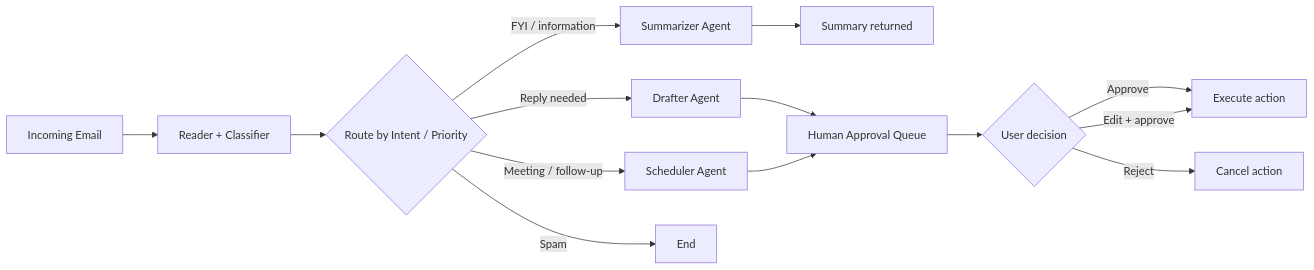
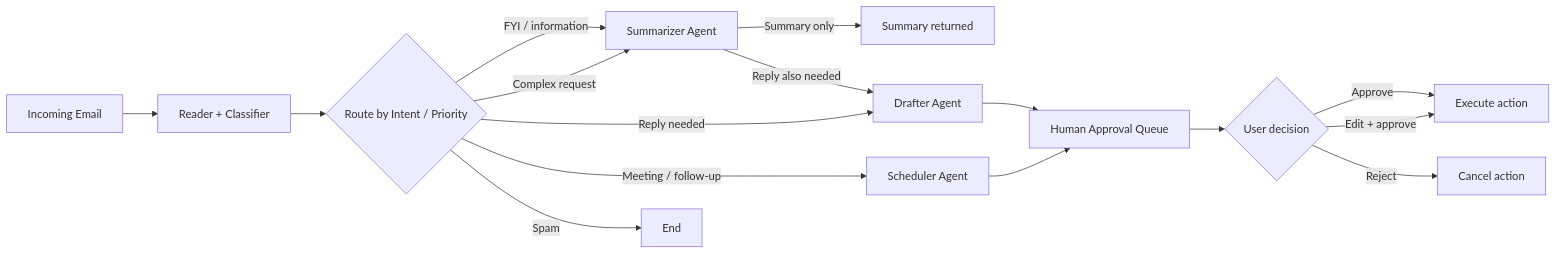
The second of 5 diagrams in docs/architecture.md (ArgirisBaras/betsson_assessment), drawn with Mermaid before and after one commit. The commit also changed other lines of this file, not shown here.

Commit message:
docs: improve architecture diagrams for presentation accuracy

````diff
--- a/docs/architecture.md
+++ b/docs/architecture.md
@@ -96,19 +96,21 @@
 ```mermaid
 flowchart LR
     EMAIL[Incoming Email] --> READER[Reader + Classifier]
     READER --> ROUTE{Route by Intent / Priority}
 
     ROUTE -->|FYI / information| SUM[Summarizer Agent]
+    ROUTE -->|Complex request| SUM
     ROUTE -->|Reply needed| DRAFT[Drafter Agent]
     ROUTE -->|Meeting / follow-up| SCHED[Scheduler Agent]
     ROUTE -->|Spam| END[End]
 
-    SUM --> SUMMARY[Summary returned]
+    SUM -->|Summary only| SUMMARY[Summary returned]
+    SUM -->|Reply also needed| DRAFT
     DRAFT --> APPROVAL[Human Approval Queue]
     SCHED --> APPROVAL
 
     APPROVAL --> DECISION{User decision}
     DECISION -->|Approve| EXECUTE[Execute action]
     DECISION -->|Edit + approve| EXECUTE
     DECISION -->|Reject| CANCEL[Cancel action]
 ```
````
